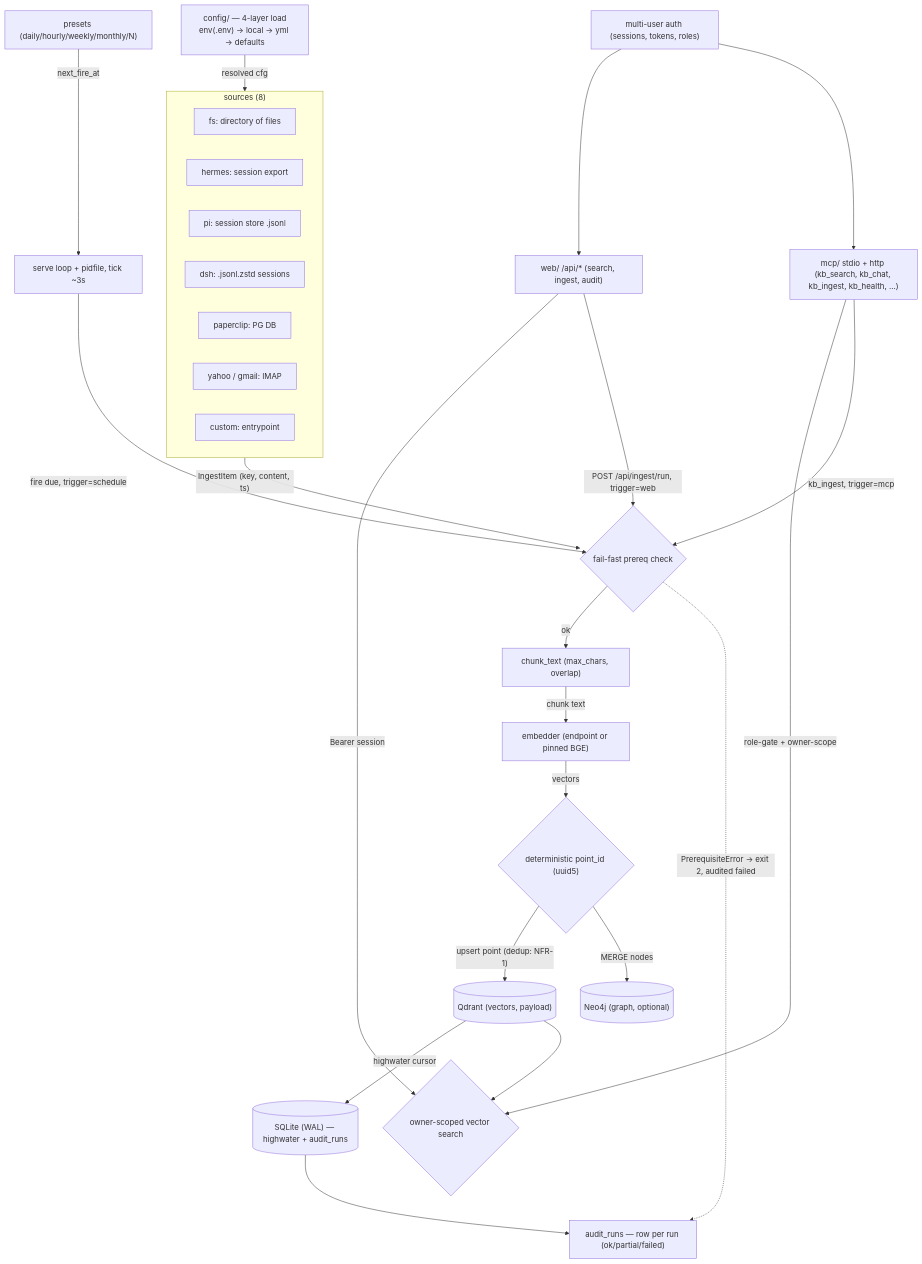
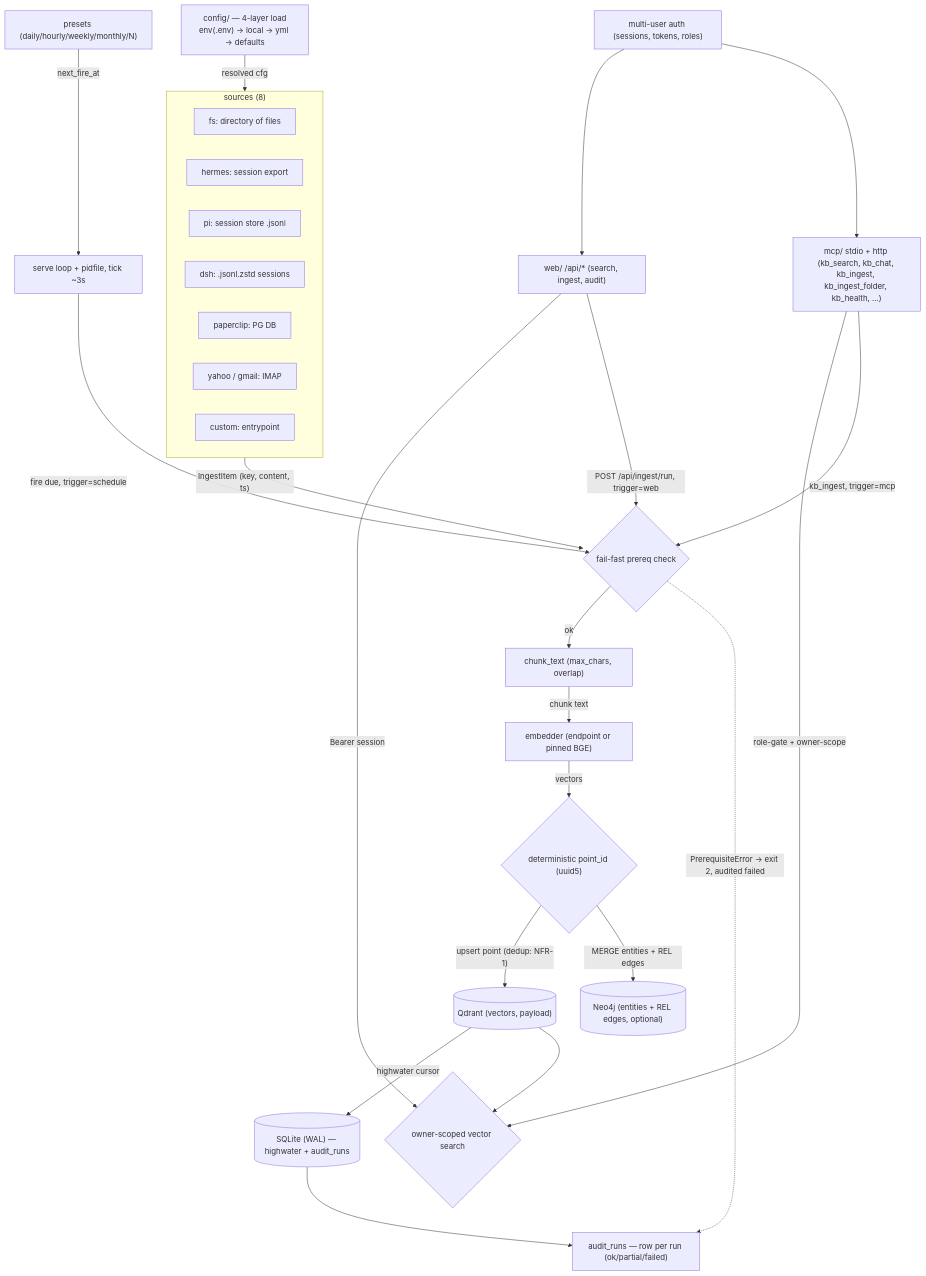
One commit to terrygzhou/digital-twins changed the diagram in README.md. Above: the diagram before and after it, drawn with Mermaid. The commit also changed other lines of this file, not shown here.

Commit message:
docs(readme): reflect 0.11.4–0.13 changes — kb_ingest_folder MCP tool (016), REL edge materialization (018), extraction.enabled knob

````diff
--- a/README.md
+++ b/README.md
@@ -497,68 +506,68 @@
 ```mermaid
 flowchart TD
     %% Phase 0: configuration (the substrate)
     config["config/ — 4-layer load<br/>env(.env) → local → yml → defaults"]
 
     %% Phase 1: ingestion (read from sources)
     subgraph sources["sources (8)"]
         fs["fs: directory of files"]
         hermes["hermes: session export"]
         pi["pi: session store .jsonl"]
         dsh["dsh: .jsonl.zstd sessions"]
         paperclip["paperclip: PG DB"]
         mail["yahoo / gmail: IMAP"]
         custom["custom: entrypoint"]
     end
 
     %% Phase 2: transformation (chunk + embed)
     prereq{"fail-fast prereq check"}
     chunk["chunk_text (max_chars, overlap)"]
     embed["embedder (endpoint or pinned BGE)"]
     ids{"deterministic point_id (uuid5)"}
 
     %% Phase 3: storage (upsert + state)
     qdrant[("Qdrant (vectors, payload)")]
-    neo4j[("Neo4j (graph, optional)")]
+    neo4j[("Neo4j (entities + REL edges, optional)")]
     sqlite[("SQLite (WAL) — highwater + audit_runs")]
 
     %% Phase 4: scheduling (wraps 1–3)
     presets["presets (daily/hourly/weekly/monthly/N)"]
     loop["serve loop + pidfile, tick ~3s"]
 
     %% Phase 5: retrieval / serving (read side)
     web["web/ /api/* (search, ingest, audit)"]
-    mcp["mcp/ stdio + http (kb_search, kb_chat, kb_ingest, kb_health, …)"]
+    mcp["mcp/ stdio + http (kb_search, kb_chat, kb_ingest, kb_ingest_folder, kb_health, …)"]
     search{"owner-scoped vector search"}
 
     %% Cross-cutting
     audit["audit_runs — row per run (ok/partial/failed)"]
     multi["multi-user auth (sessions, tokens, roles)"]
 
     %% data flow
     config -->|resolved cfg| sources
     sources -->|"IngestItem (key, content, ts)"| prereq
     prereq -->|ok| chunk
     prereq -.->|"PrerequisiteError → exit 2, audited failed"| audit
     chunk -->|chunk text| embed
     embed -->|vectors| ids
     ids -->|"upsert point (dedup: NFR-1)"| qdrant
-    ids -->|MERGE nodes| neo4j
+    ids -->|"MERGE entities + REL edges"| neo4j
     qdrant -->|highwater cursor| sqlite
     qdrant --> search
     sqlite --> audit
 
     %% scheduling drives the pipeline
     loop -->|"fire due, trigger=schedule"| prereq
     presets -->|next_fire_at| loop
 
     %% serving surfaces
     web -->|Bearer session| search
     mcp -->|"role-gate + owner-scope"| search
     web -->|"POST /api/ingest/run, trigger=web"| prereq
     mcp -->|"kb_ingest, trigger=mcp"| prereq
 
     %% multi-user wraps serving
     multi --> web
     multi --> mcp
 
 ```
````
